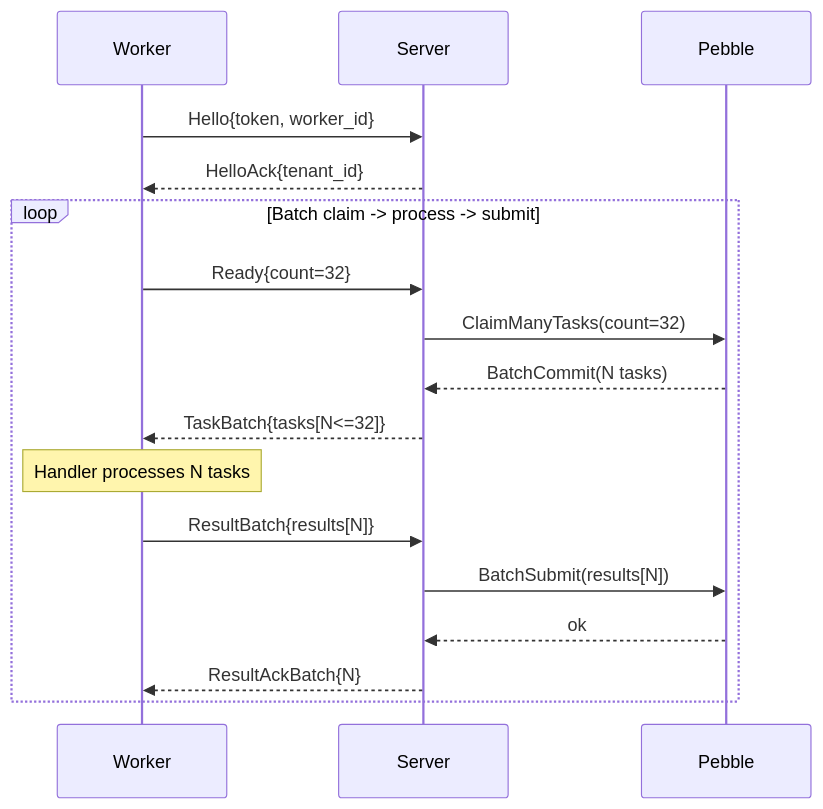
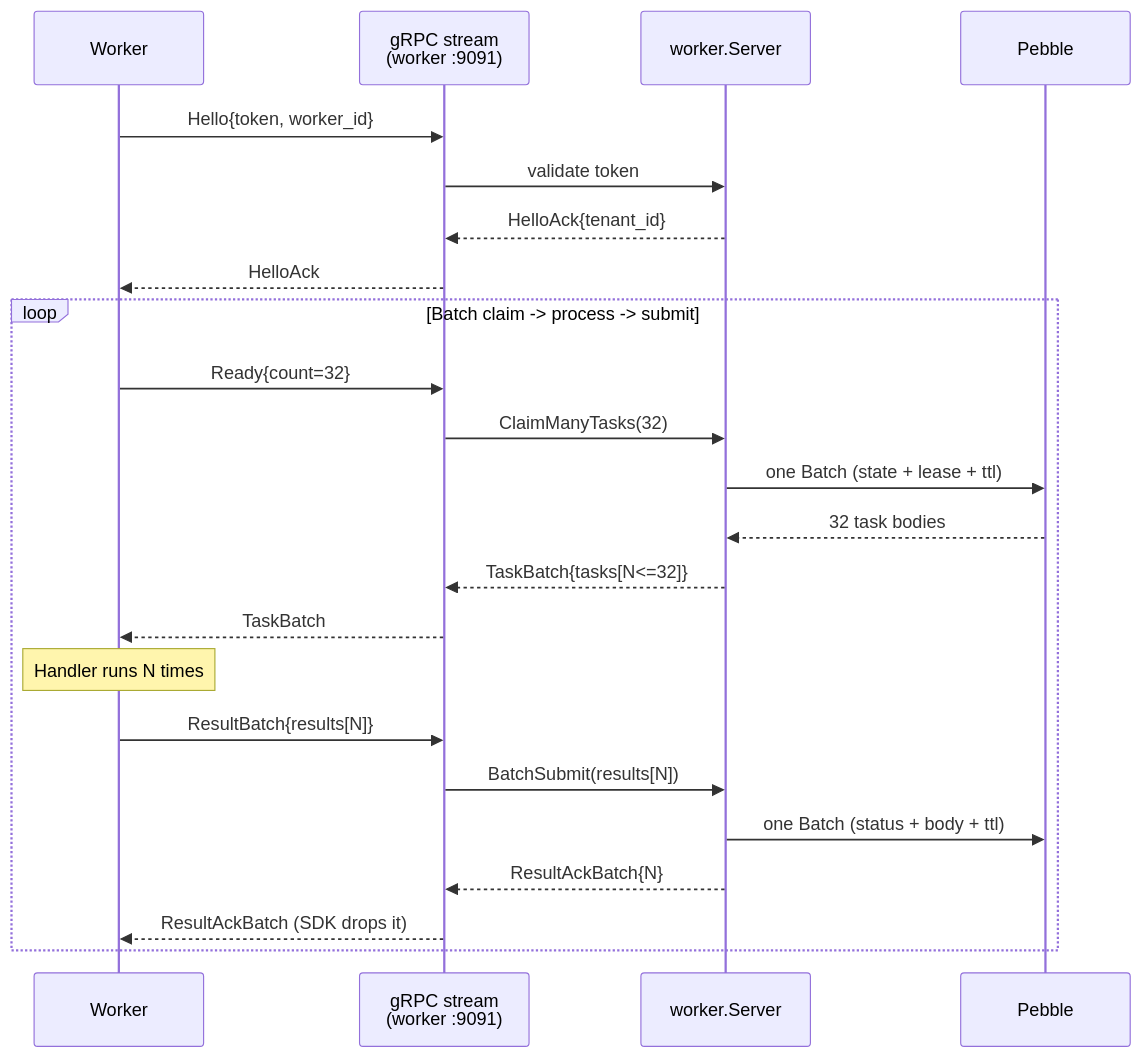
One commit to osvaldoandrade/codeq changed the third of 3 diagrams in docs/34-streaming-api-guide.md. Above: the diagram before and after it, drawn with Mermaid. The commit also changed other lines of this file and 2 other files, not shown here.

````diff
--- a/docs/34-streaming-api-guide.md
+++ b/docs/34-streaming-api-guide.md
@@ -100,19 +172,25 @@
 ```mermaid
 sequenceDiagram
   participant Worker
-  participant Server
+  participant Wire as gRPC stream<br/>(worker :9091)
+  participant Server as worker.Server
   participant Pebble
-  Worker->>Server: Hello{token, worker_id}
-  Server-->>Worker: HelloAck{tenant_id}
+  Worker->>Wire: Hello{token, worker_id}
+  Wire->>Server: validate token
+  Server-->>Wire: HelloAck{tenant_id}
+  Wire-->>Worker: HelloAck
   loop Batch claim -> process -> submit
-    Worker->>Server: Ready{count=32}
-    Server->>Pebble: ClaimManyTasks(count=32)
-    Pebble-->>Server: BatchCommit(N tasks)
-    Server-->>Worker: TaskBatch{tasks[N<=32]}
-    Note over Worker: Handler processes N tasks
-    Worker->>Server: ResultBatch{results[N]}
-    Server->>Pebble: BatchSubmit(results[N])
-    Pebble-->>Server: ok
-    Server-->>Worker: ResultAckBatch{N}
+    Worker->>Wire: Ready{count=32}
+    Wire->>Server: ClaimManyTasks(32)
+    Server->>Pebble: one Batch (state + lease + ttl)
+    Pebble-->>Server: 32 task bodies
+    Server-->>Wire: TaskBatch{tasks[N<=32]}
+    Wire-->>Worker: TaskBatch
+    Note over Worker: Handler runs N times
+    Worker->>Wire: ResultBatch{results[N]}
+    Wire->>Server: BatchSubmit(results[N])
+    Server->>Pebble: one Batch (status + body + ttl)
+    Server-->>Wire: ResultAckBatch{N}
+    Wire-->>Worker: ResultAckBatch (SDK drops it)
   end
 ```
````
